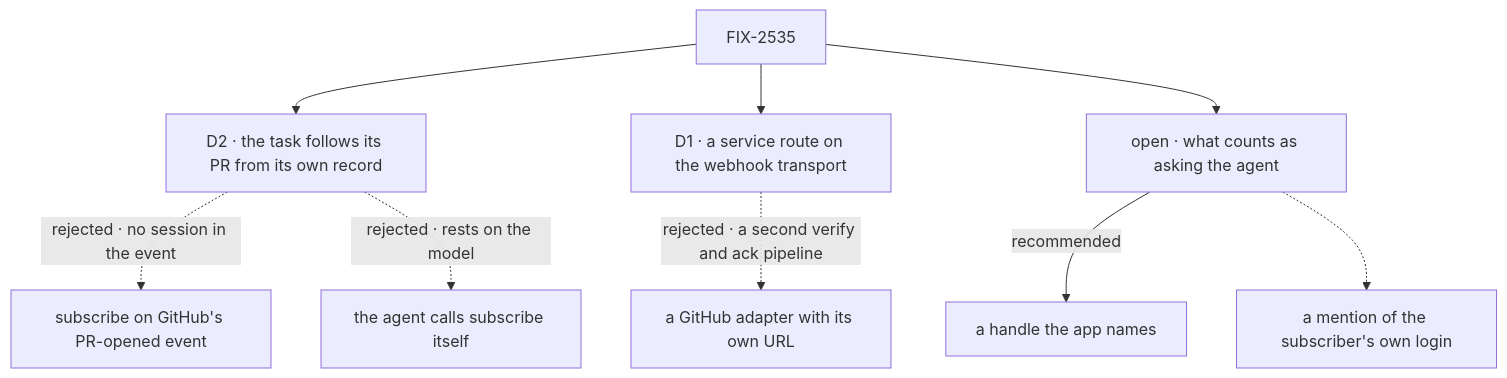
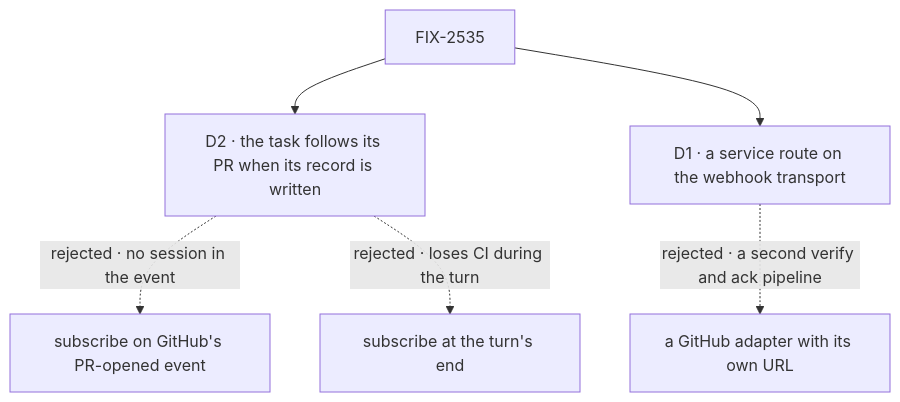
One commit to fixpoint-labs/flow-state-dev changed the diagram in specs/issues/FIX-2535/DECISIONS.md. Above: the diagram before and after it, drawn with Mermaid. The commit also changed other lines of this file and 4 other files, not shown here.

````diff
--- a/specs/issues/FIX-2535/DECISIONS.md
+++ b/specs/issues/FIX-2535/DECISIONS.md
@@ -10,11 +10,8 @@
 ```mermaid
 flowchart TD
-  I["FIX-2535"] --> D2["D2 · the task follows its PR from its own record"]
+  I["FIX-2535"] --> D2["D2 · the task follows its PR when its record is written"]
   D2 -.->|"rejected · no session in the event"| X2["subscribe on GitHub's PR-opened event"]
-  D2 -.->|"rejected · rests on the model"| Y2["the agent calls subscribe itself"]
+  D2 -.->|"rejected · loses CI during the turn"| Z2["subscribe at the turn's end"]
   I --> D1["D1 · a service route on the webhook transport"]
   D1 -.->|"rejected · a second verify and ack pipeline"| X1["a GitHub adapter with its own URL"]
-  I --> Q["open · what counts as asking the agent"]
-  Q -->|"recommended"| QA["a handle the app names"]
-  Q -.-> QB["a mention of the subscriber's own login"]
 ```
````
